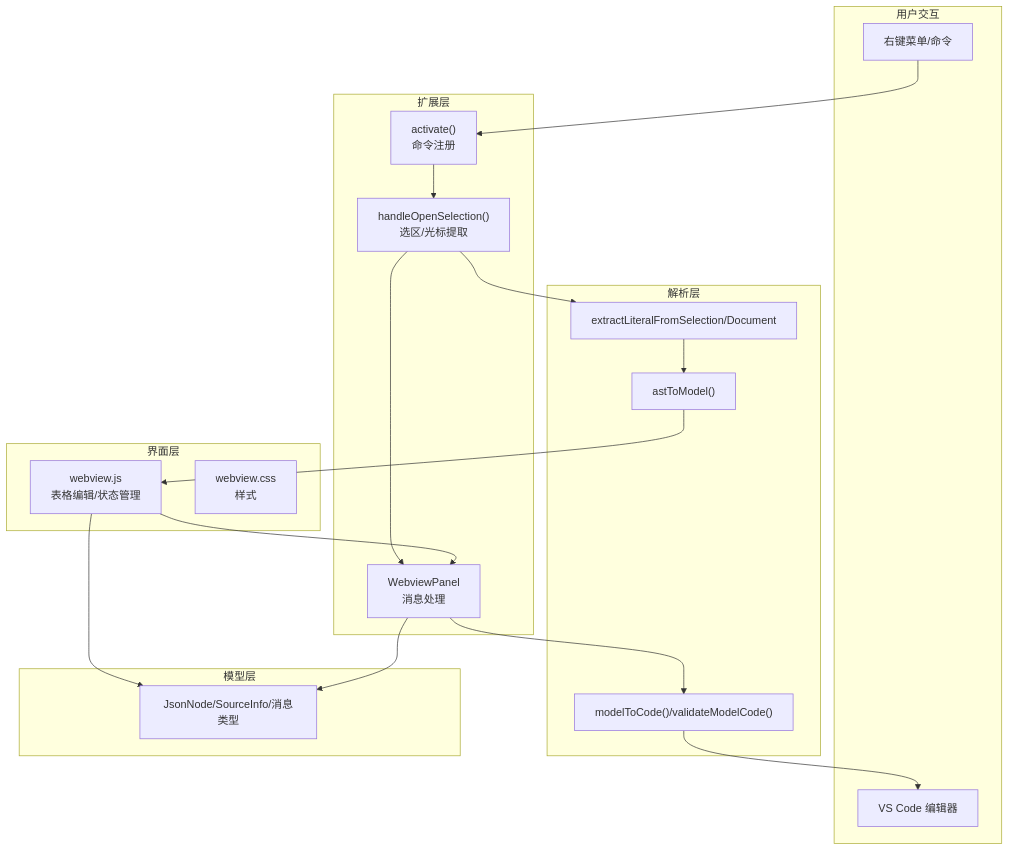
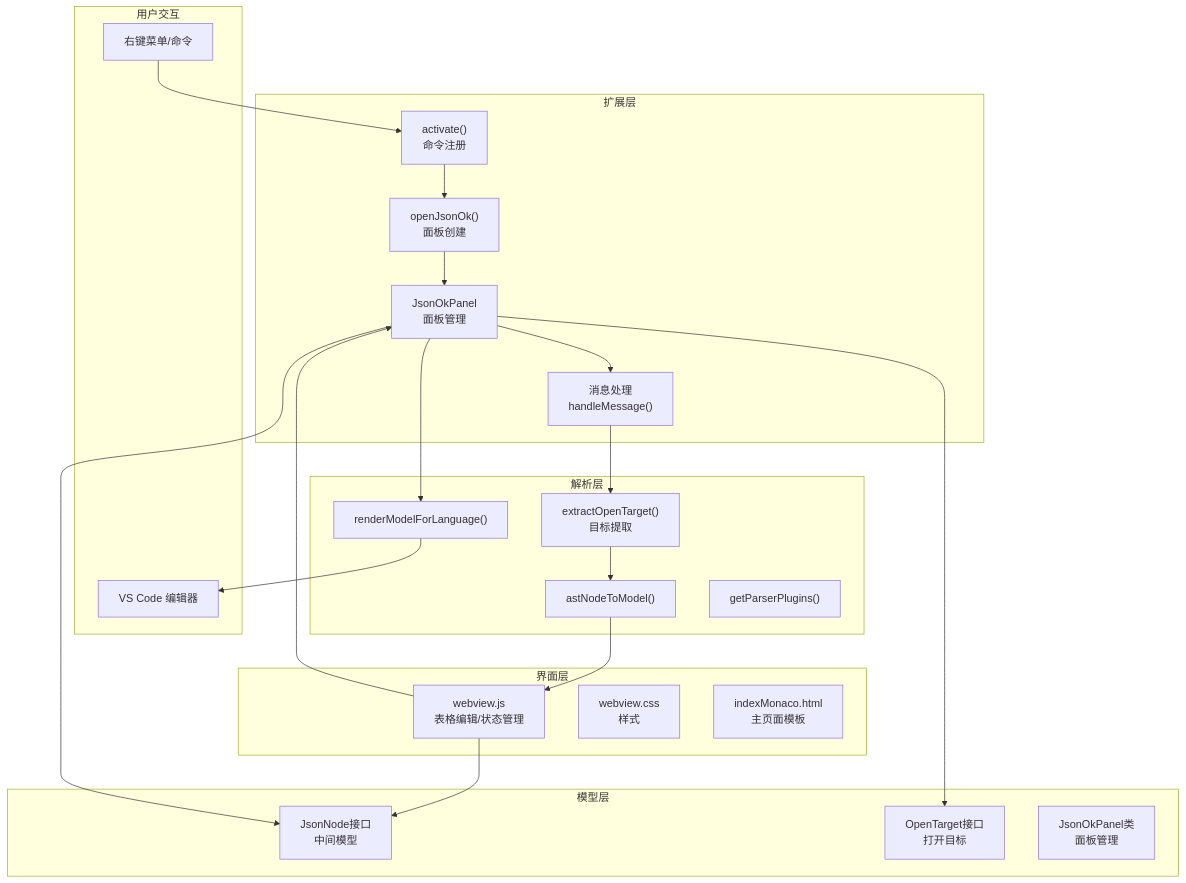
Before and after one commit to meiok1/wysjson: the second of 9 diagrams in .qoder/repowiki/zh/content/核心架构设计/核心架构设计.md, drawn with Mermaid. The commit also changed other lines of this file and 45 other files, not shown here.

````diff
--- a/.qoder/repowiki/zh/content/核心架构设计/核心架构设计.md
+++ b/.qoder/repowiki/zh/content/核心架构设计/核心架构设计.md
@@ -106,29 +116,36 @@
 ```mermaid
 graph TB
 subgraph "用户交互"
 CMD["右键菜单/命令"]
 EDITOR["VS Code 编辑器"]
 end
 subgraph "扩展层"
 ACT["activate()<br/>命令注册"]
-HANDLER["handleOpenSelection()<br/>选区/光标提取"]
-WV["WebviewPanel<br/>消息处理"]
+HANDLER["openJsonOk()<br/>面板创建"]
+PANEL["JsonOkPanel<br/>面板管理"]
+MSG["消息处理<br/>handleMessage()"]
 end
 subgraph "解析层"
-EX["extractLiteralFromSelection/Document"]
-AST2M["astToModel()"]
-M2CODE["modelToCode()/validateModelCode()"]
+TARGET["extractOpenTarget()<br/>目标提取"]
+AST2M["astNodeToModel()"]
+M2CODE["renderModelForLanguage()"]
+PLUGINS["getParserPlugins()"]
 end
 subgraph "模型层"
-JNODE["JsonNode/SourceInfo/消息类型"]
+JNODE["JsonNode接口<br/>中间模型"]
+OTARGET["OpenTarget接口<br/>打开目标"]
+ENDPOINT["JsonOkPanel类<br/>面板管理"]
 end
 subgraph "界面层"
 WVJS["webview.js<br/>表格编辑/状态管理"]
 CSS["webview.css<br/>样式"]
+HTML["indexMonaco.html<br/>主页面模板"]
 end
-CMD --> ACT --> HANDLER --> WV
-HANDLER --> EX --> AST2M --> WVJS
-WVJS --> WV --> M2CODE --> EDITOR
+CMD --> ACT --> HANDLER --> PANEL
+PANEL --> MSG
+MSG --> TARGET --> AST2M --> WVJS
+WVJS --> PANEL --> M2CODE --> EDITOR
 WVJS --> JNODE
-WV --> JNODE
+PANEL --> JNODE
+PANEL --> OTARGET
 ```
````
